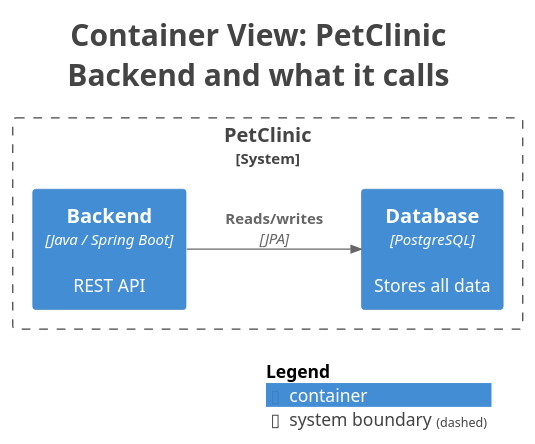
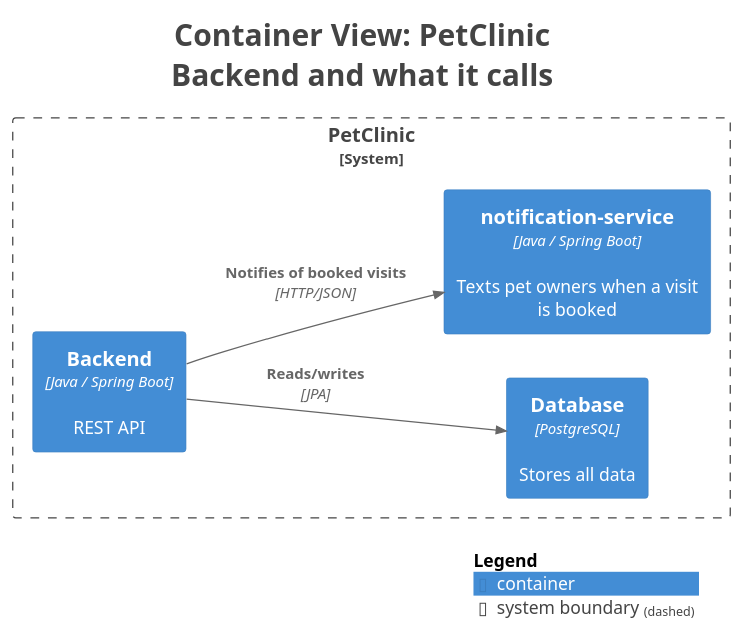
The diagram in petclinic-backend/docs/generated/c4views/C2-BackendOutbound.puml (victorrentea/petclinic), drawn with PlantUML before and after one commit. The commit also changed 4 other files, not shown here.

```diff
--- a/petclinic-backend/docs/generated/c4views/C2-BackendOutbound.puml
+++ b/petclinic-backend/docs/generated/c4views/C2-BackendOutbound.puml
@@ -1,27 +1,29 @@
 @startuml
 title <size:24>Container View: PetClinic</size>\n<size:24>Backend and what it calls</size>
 
 set separator none
 left to right direction
 
 <style>
   root {
     BackgroundColor: #ffffff
     FontColor: #444444
   }
 </style>
 
 !include <C4/C4>
 !include <C4/C4_Context>
 !include <C4/C4_Container>
 
 System_Boundary("PetClinic_boundary", "PetClinic", $tags="") {
   Container(PetClinic.Database, "Database", $techn="PostgreSQL", $descr="Stores all data", $tags="", $link="")
+  Container(PetClinic.notificationservice, "notification-service", $techn="Java / Spring Boot", $descr="Texts pet owners when a visit is booked", $tags="", $link="")
   Container(PetClinic.Backend, "Backend", $techn="Java / Spring Boot", $descr="REST API", $tags="", $link="")
 }
 
 Rel(PetClinic.Backend, PetClinic.Database, "Reads/writes", $techn="JPA", $tags="", $link="")
+Rel(PetClinic.Backend, PetClinic.notificationservice, "Notifies of booked visits", $techn="HTTP/JSON", $tags="", $link="")
 
 SHOW_LEGEND(true)
 hide stereotypes
 @enduml
```
